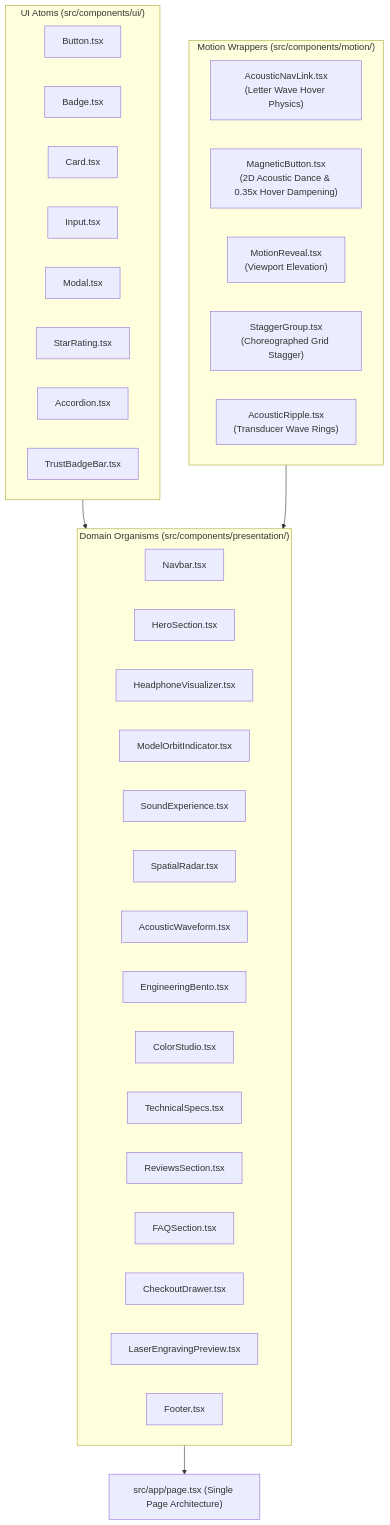
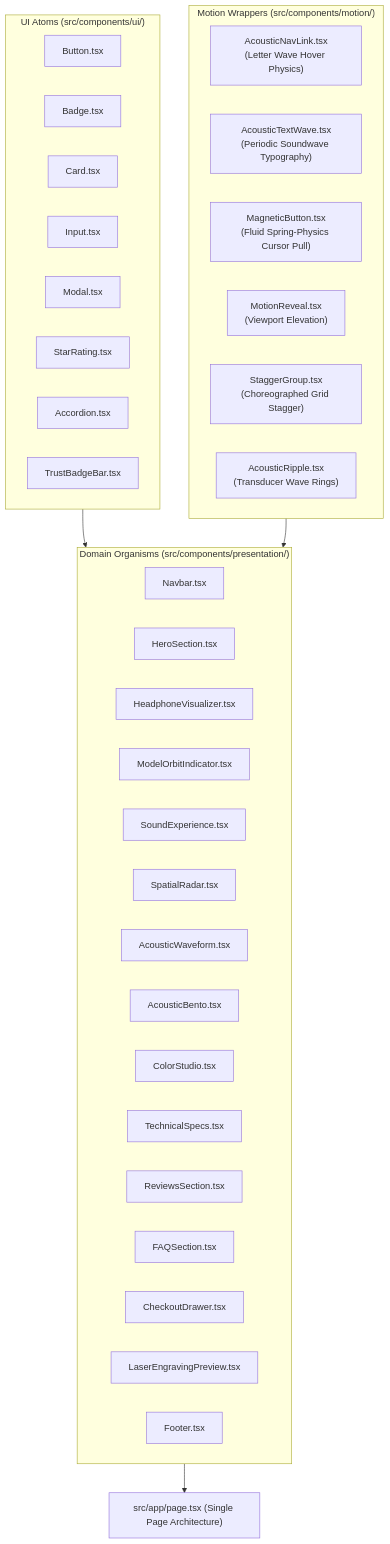
The third of 3 diagrams in README.md (calin-m/RoH-Sound), drawn with Mermaid before and after one commit. The commit also changed other lines of this file and 20 other files, not shown here.

First line of the commit message:
feat(presentation): add speaker transducer emblem and periodic acoustic text wave CTA

````diff
--- a/README.md
+++ b/README.md
@@ -144,43 +144,44 @@
 ```mermaid
 graph TD
     subgraph Atoms ["UI Atoms (src/components/ui/)"]
         Button["Button.tsx"]
         Badge["Badge.tsx"]
         Card["Card.tsx"]
         Input["Input.tsx"]
         Modal["Modal.tsx"]
         StarRating["StarRating.tsx"]
         Accordion["Accordion.tsx"]
         TrustBadge["TrustBadgeBar.tsx"]
     end
     
     subgraph Motion ["Motion Wrappers (src/components/motion/)"]
         AcousticLink["AcousticNavLink.tsx\n(Letter Wave Hover Physics)"]
-        MagneticBtn["MagneticButton.tsx\n(2D Acoustic Dance & 0.35x Hover Dampening)"]
+        AcousticWave["AcousticTextWave.tsx\n(Periodic Soundwave Typography)"]
+        MagneticBtn["MagneticButton.tsx\n(Fluid Spring-Physics Cursor Pull)"]
         MotionRev["MotionReveal.tsx\n(Viewport Elevation)"]
         Stagger["StaggerGroup.tsx\n(Choreographed Grid Stagger)"]
         AcousticRip["AcousticRipple.tsx\n(Transducer Wave Rings)"]
     end
     
     subgraph Organisms ["Domain Organisms (src/components/presentation/)"]
         Navbar["Navbar.tsx"]
         HeroSec["HeroSection.tsx"]
         VisualizerComp["HeadphoneVisualizer.tsx"]
         OrbitInd["ModelOrbitIndicator.tsx"]
         SoundExp["SoundExperience.tsx"]
         SpatialRad["SpatialRadar.tsx"]
         Waveform["AcousticWaveform.tsx"]
-        BentoGrid["EngineeringBento.tsx"]
+        BentoGrid["AcousticBento.tsx"]
         StudioComp["ColorStudio.tsx"]
         SpecsComp["TechnicalSpecs.tsx"]
         ReviewsComp["ReviewsSection.tsx"]
         FAQComp["FAQSection.tsx"]
         DrawerComp["CheckoutDrawer.tsx"]
         LaserPrev["LaserEngravingPreview.tsx"]
         FooterComp["Footer.tsx"]
     end
     
     Atoms --> Organisms
     Motion --> Organisms
     Organisms --> SPA["src/app/page.tsx (Single Page Architecture)"]
 ```
````
